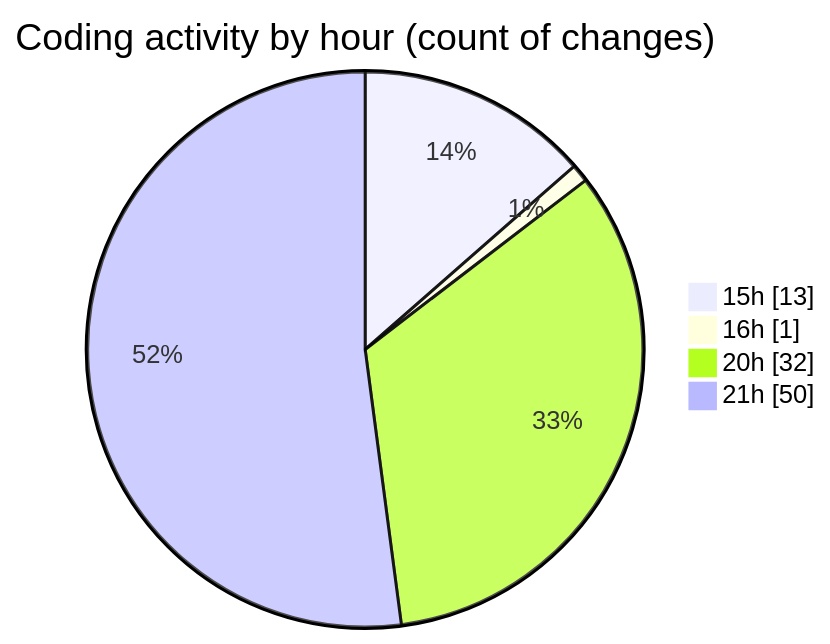
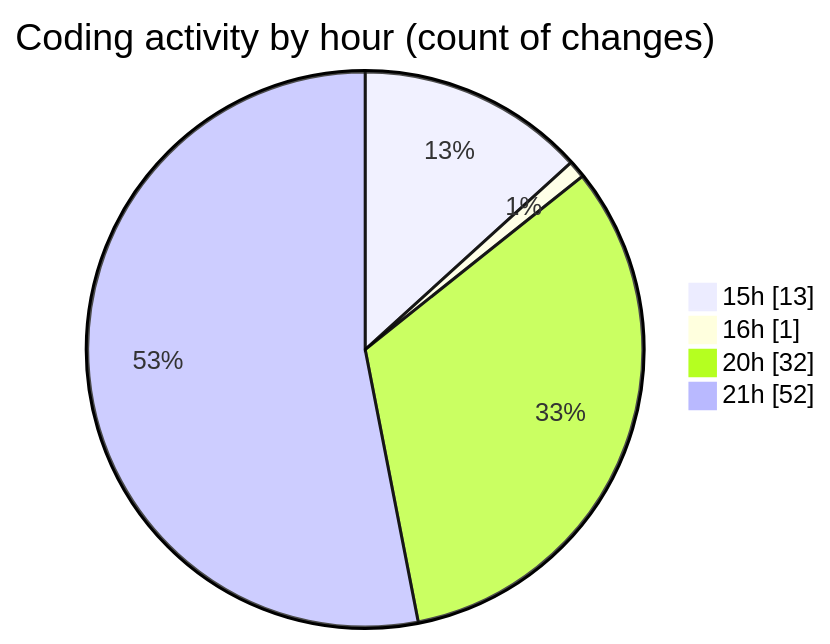
The second of 2 diagrams in 2025-07-17/ribbon/README.md (EIIisD/code-tracking), drawn with Mermaid before and after one commit. The commit also changed other lines of this file and 1 other file, not shown here.

````diff
--- a/2025-07-17/ribbon/README.md
+++ b/2025-07-17/ribbon/README.md
@@ -66,8 +66,8 @@
 ```mermaid
 pie showData
 title Coding activity by hour (count of changes)
 "15h" : 13
 "16h" : 1
 "20h" : 32
-"21h" : 50
+"21h" : 52
 ```
````
